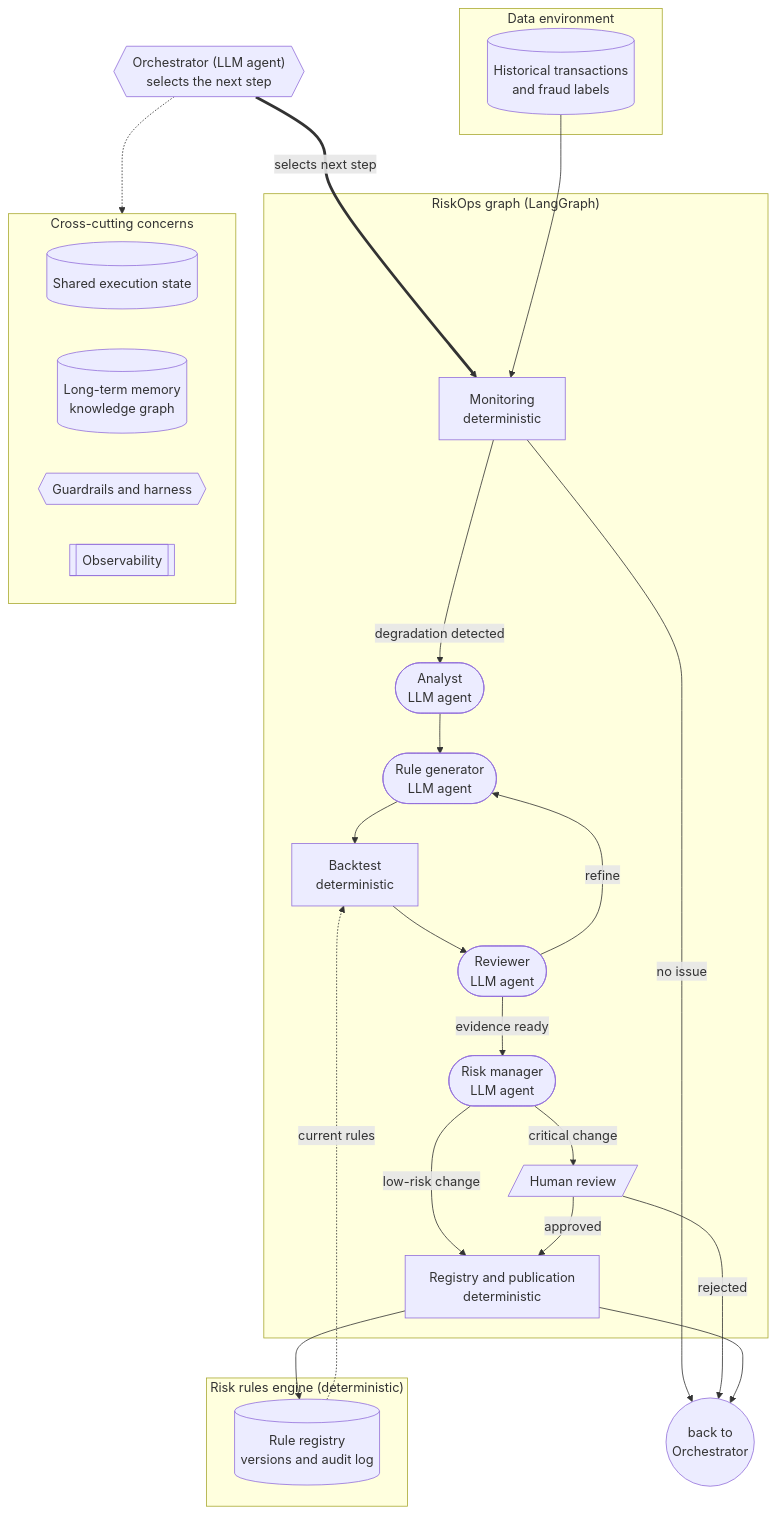
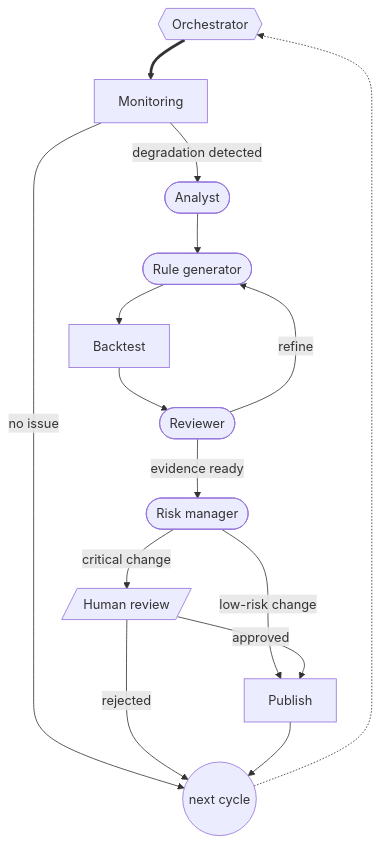
The diagram in README.md (bronzattivinicius/riskops), drawn with Mermaid before and after one commit. The commit also changed other lines of this file, not shown here.

Commit message:
Simplify the architecture diagram in the README
The previous diagram crammed the agent pipeline, data environment, rule
engine, and cross-cutting concerns into one cluttered graph with crossing
lines. Split it: the diagram now shows only the agent decision flow, and
the surrounding systems (rule engine, memory, guardrails, observability)
are described in prose instead of competing boxes.

Claude-Session: https://claude.ai/code/session_01Y7L95NmVEwQKwP8hZLnf4y

````diff
--- a/README.md
+++ b/README.md
@@ -13,53 +13,28 @@
 ```mermaid
 flowchart TB
-    ORCH{{"Orchestrator (LLM agent)<br/>selects the next step"}}
+    ORCH{{Orchestrator}}
+    MON[Monitoring]
+    ANALYST([Analyst])
+    GEN([Rule generator])
+    BACKTEST[Backtest]
+    REVIEW([Reviewer])
+    RISK([Risk manager])
+    HUMAN[/Human review/]
+    PUBLISH[Publish]
+    LOOP((next cycle))
 
-    subgraph DATA["Data environment"]
-        HIST[(Historical transactions<br/>and fraud labels)]
-    end
-
-    subgraph PIPELINE["RiskOps graph (LangGraph)"]
-        MON[Monitoring<br/>deterministic]
-        ANALYST([Analyst<br/>LLM agent])
-        GEN([Rule generator<br/>LLM agent])
-        BACKTEST[Backtest<br/>deterministic]
-        REVIEW([Reviewer<br/>LLM agent])
-        RISK([Risk manager<br/>LLM agent])
-        HUMAN[/Human review/]
-        PUBLISH[Registry and publication<br/>deterministic]
-
-        MON -->|degradation detected| ANALYST
-        ANALYST --> GEN
-        GEN --> BACKTEST
-        BACKTEST --> REVIEW
-        REVIEW -->|refine| GEN
-        REVIEW -->|evidence ready| RISK
-        RISK -->|critical change| HUMAN
-        RISK -->|low-risk change| PUBLISH
-        HUMAN -->|approved| PUBLISH
-    end
-
-    subgraph ENGINE["Risk rules engine (deterministic)"]
-        RULES[(Rule registry<br/>versions and audit log)]
-    end
-
-    LOOP((back to<br/>Orchestrator))
-
-    subgraph SUPPORT["Cross-cutting concerns"]
-        STATE[(Shared execution state)]
-        MEMORY[(Long-term memory<br/>knowledge graph)]
-        GUARD{{Guardrails and harness}}
-        OBS[[Observability]]
-    end
-
-    ORCH ==>|selects next step| MON
-    HIST --> MON
-    RULES -.current rules.-> BACKTEST
-    PUBLISH --> RULES
-
+    ORCH ==> MON
+    MON -->|degradation detected| ANALYST
+    ANALYST --> GEN
+    GEN --> BACKTEST
+    BACKTEST --> REVIEW
+    REVIEW -->|refine| GEN
+    REVIEW -->|evidence ready| RISK
+    RISK -->|critical change| HUMAN
+    RISK -->|low-risk change| PUBLISH
+    HUMAN -->|approved| PUBLISH
     MON -->|no issue| LOOP
     HUMAN -->|rejected| LOOP
     PUBLISH --> LOOP
-
-    ORCH -.-> SUPPORT
+    LOOP -.-> ORCH
 ```
````
